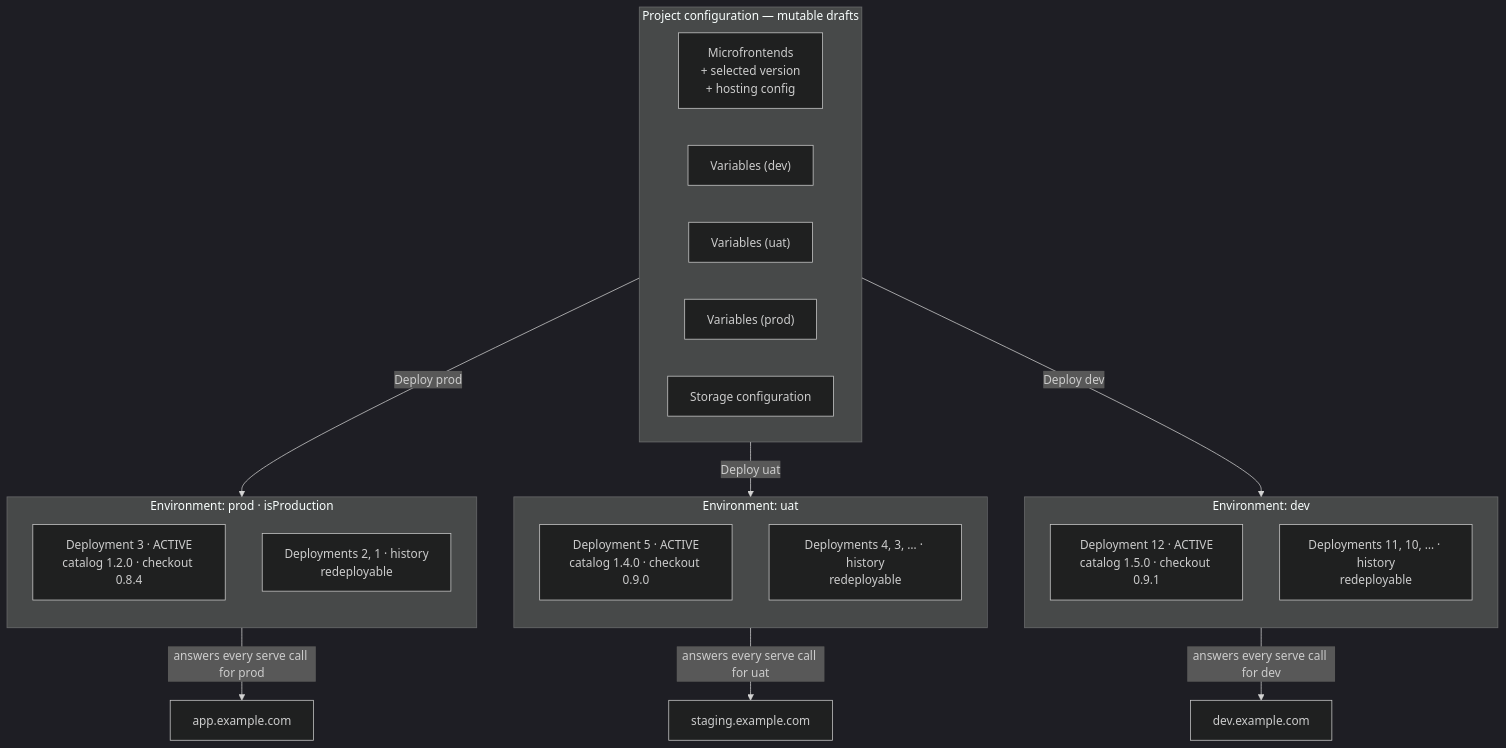
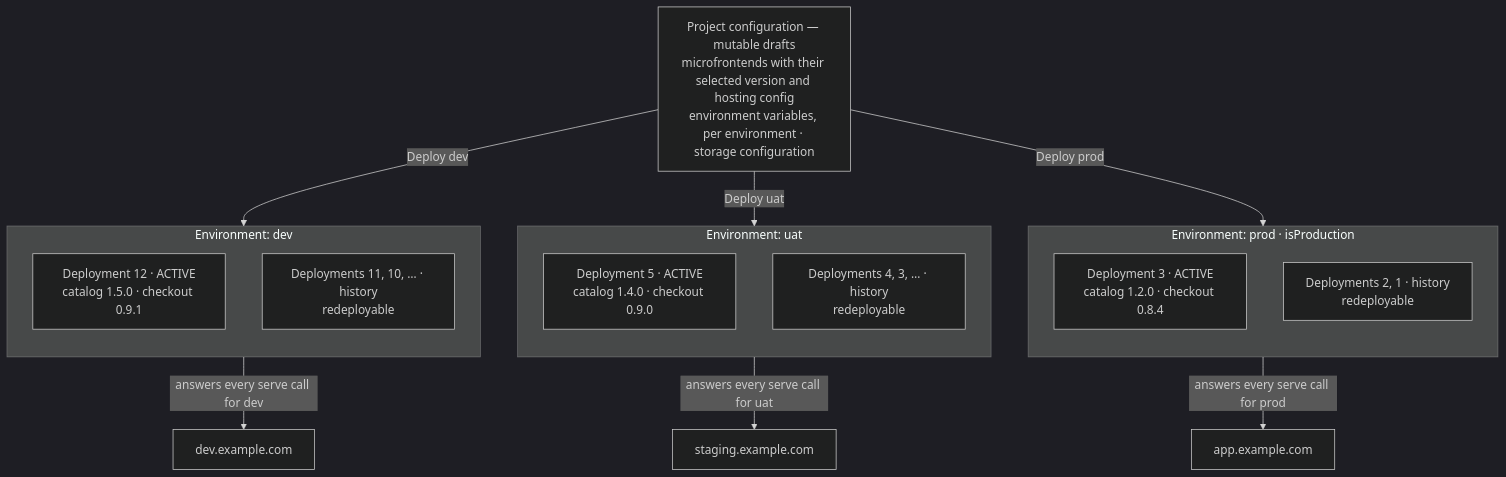
The second of 4 diagrams in docs/architecture.md (mfe-orchestrator/documentation), drawn with Mermaid (dark theme) before and after one commit. The commit also changed other lines of this file, not shown here.

First line of the commit message:
docs(architecture): lay out the system diagram top-down

````diff
--- a/docs/architecture.md
+++ b/docs/architecture.md
@@ -113,37 +114,30 @@
 ```mermaid
 flowchart TB
-    subgraph cfg["Project configuration — mutable drafts"]
-        direction LR
-        sel["Microfrontends<br/>+ selected version<br/>+ hosting config"]
-        varsdev["Variables (dev)"]
-        varsuat["Variables (uat)"]
-        varsprod["Variables (prod)"]
-        st["Storage configuration"]
-    end
+    cfg["Project configuration — mutable drafts<br/>microfrontends with their selected version and hosting config<br/>environment variables, per environment · storage configuration"]
 
-    subgraph dev["Environment: dev"]
+    subgraph prod["Environment: prod · isProduction"]
         direction TB
-        devA["Deployment 12 · ACTIVE<br/>catalog 1.5.0 · checkout 0.9.1"]
-        devH["Deployments 11, 10, … · history<br/>redeployable"]
+        prodA["Deployment 3 · ACTIVE<br/>catalog 1.2.0 · checkout 0.8.4"]
+        prodH["Deployments 2, 1 · history<br/>redeployable"]
     end
 
     subgraph uat["Environment: uat"]
         direction TB
         uatA["Deployment 5 · ACTIVE<br/>catalog 1.4.0 · checkout 0.9.0"]
         uatH["Deployments 4, 3, … · history<br/>redeployable"]
     end
 
-    subgraph prod["Environment: prod · isProduction"]
+    subgraph dev["Environment: dev"]
         direction TB
-        prodA["Deployment 3 · ACTIVE<br/>catalog 1.2.0 · checkout 0.8.4"]
-        prodH["Deployments 2, 1 · history<br/>redeployable"]
+        devA["Deployment 12 · ACTIVE<br/>catalog 1.5.0 · checkout 0.9.1"]
+        devH["Deployments 11, 10, … · history<br/>redeployable"]
     end
 
     cfg -->|"Deploy dev"| dev
     cfg -->|"Deploy uat"| uat
     cfg -->|"Deploy prod"| prod
 
     devA -->|"answers every serve call for dev"| serveDev["dev.example.com"]
     uatA -->|"answers every serve call for uat"| serveUat["staging.example.com"]
     prodA -->|"answers every serve call for prod"| serveProd["app.example.com"]
 ```
````
